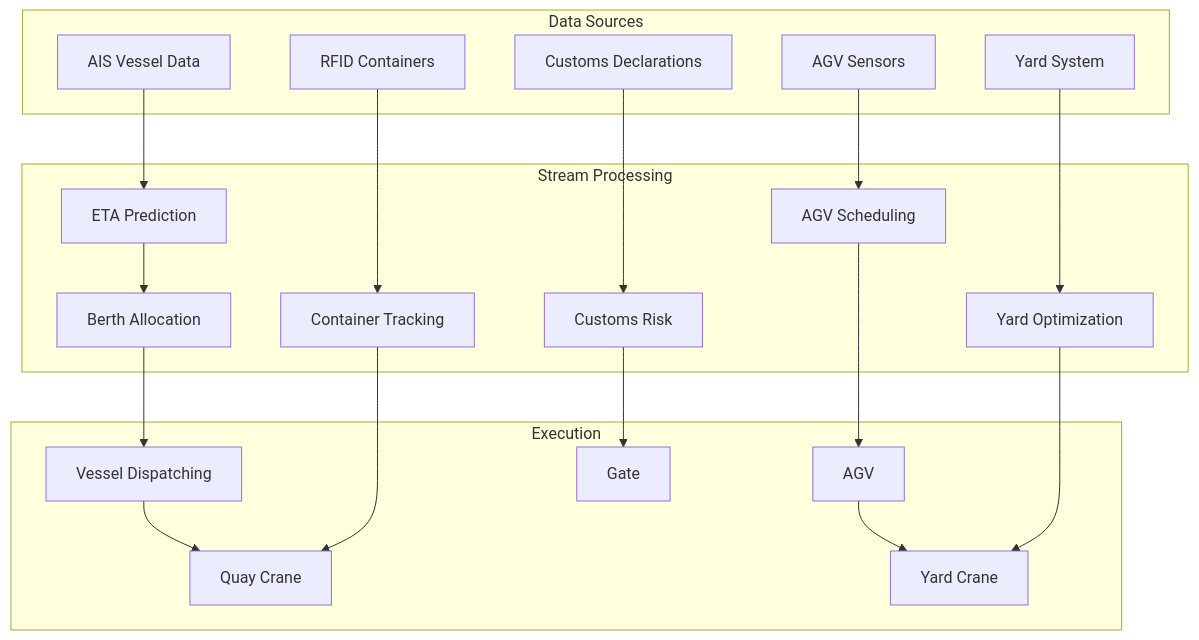
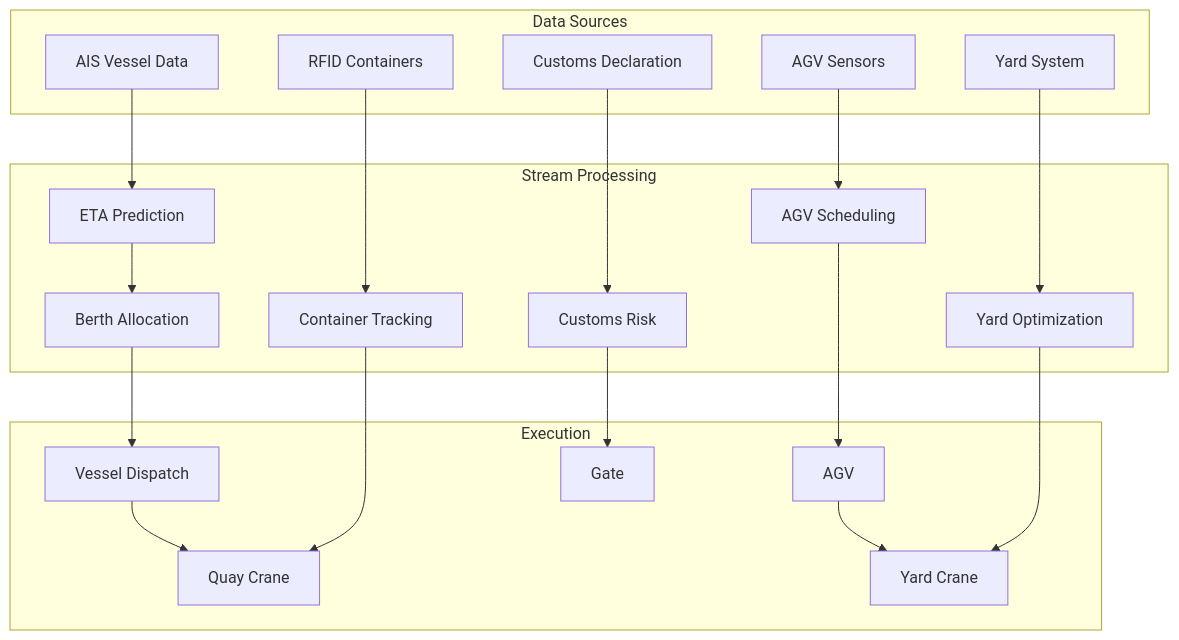
The diagram in en/realtime-port-logistics-case-study.md (AdaMartin18010/AnalysisDataFlow), drawn with Mermaid before and after one commit. The commit also changed other lines of this file and 37 other files, not shown here.

````diff
--- a/en/realtime-port-logistics-case-study.md
+++ b/en/realtime-port-logistics-case-study.md
@@ -330,33 +330,33 @@
 ```mermaid
 graph TB
-    subgraph Data Sources
+    subgraph DataSources["Data Sources"]
         D1[AIS Vessel Data]
         D2[RFID Containers]
         D3[AGV Sensors]
         D4[Yard System]
-        D5[Customs Declarations]
+        D5[Customs Declaration]
     end
 
-    subgraph Stream Processing
+    subgraph StreamProcessing["Stream Processing"]
         P1[ETA Prediction]
         P2[Berth Allocation]
         P3[Container Tracking]
         P4[AGV Scheduling]
         P5[Yard Optimization]
         P6[Customs Risk]
     end
 
-    subgraph Execution
-        A1[Vessel Dispatching]
+    subgraph Execution["Execution"]
+        A1[Vessel Dispatch]
         A2[Quay Crane]
         A3[AGV]
         A4[Yard Crane]
         A5[Gate]
     end
 
     D1 --> P1 --> P2 --> A1 --> A2
     D2 --> P3 --> A2
     D3 --> P4 --> A3 --> A4
     D4 --> P5 --> A4
     D5 --> P6 --> A5
 ```
````
